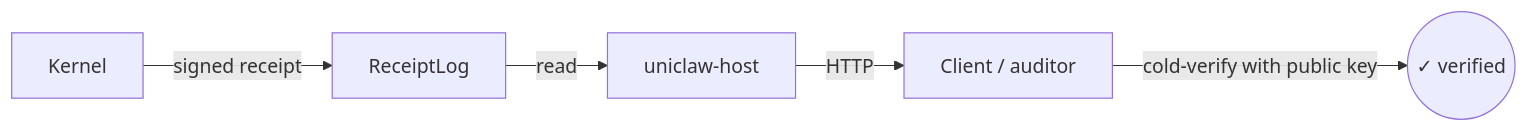
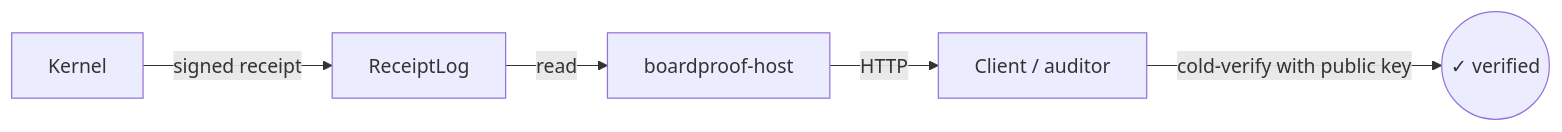
The diagram in docs/steps/09-public-url-hosting.md (UniClaw-Lab/uniclaw), drawn with Mermaid before and after one commit. The commit also changed other lines of this file and 298 other files, not shown here.

````diff
--- a/docs/steps/09-public-url-hosting.md
+++ b/docs/steps/09-public-url-hosting.md
@@ -20,7 +20,7 @@
 ```mermaid
 graph LR
   K[Kernel] -->|signed receipt| L[ReceiptLog]
-  L -->|read| H[uniclaw-host]
+  L -->|read| H[boardproof-host]
   H -->|HTTP| C[Client / auditor]
   C -->|cold-verify with public key| V((✓ verified))
 ```
````
